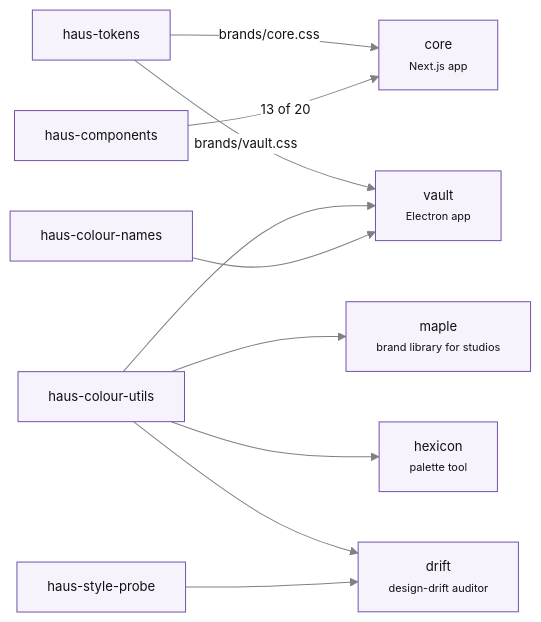
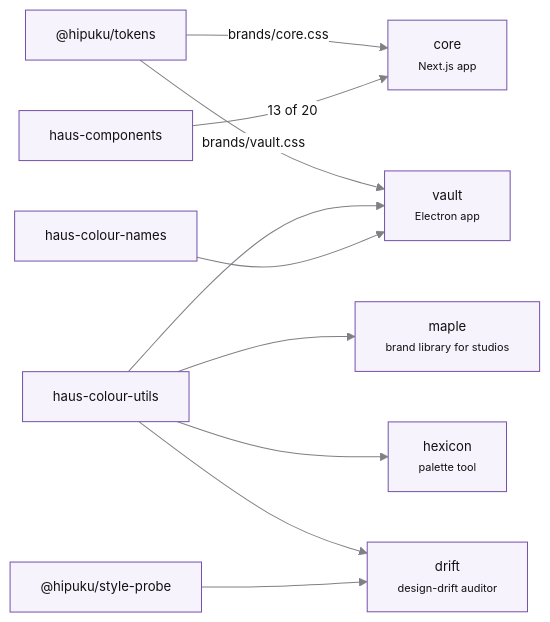
The second of 4 diagrams in ARCHITECTURE.md (hipuku/haus), drawn with Mermaid before and after one commit. The commit also changed other lines of this file and 35 other files, not shown here.

First line of the commit message:
Rename haus-tokens to @hipuku/tokens and haus-style-probe to @hipuku/style-probe (#164)

````diff
--- a/ARCHITECTURE.md
+++ b/ARCHITECTURE.md
@@ -76,25 +76,25 @@
 ```mermaid
 %%{init: {'theme':'base','themeVariables':{'primaryColor':'#f6f3fc','primaryBorderColor':'#7653ab','primaryTextColor':'#111113','lineColor':'#807f85','secondaryColor':'#f5f4f9','tertiaryColor':'#ffffff','fontFamily':'Manrope, ui-sans-serif, system-ui','fontSize':'13px','clusterBkg':'#fcfbfe','clusterBorder':'#e7e7ed','titleColor':'#442a68','edgeLabelBackground':'#ffffff'},'themeCSS':'background-color:#ffffff;border-radius:8px;'}}%%
 flowchart LR
-    T["haus-tokens"]
+    T["@hipuku/tokens"]
     C["haus-components"]
     U["haus-colour-utils"]
     N["haus-colour-names"]
-    P["haus-style-probe"]
+    P["@hipuku/style-probe"]
 
     CORE["core<br/><small>Next.js app</small>"]
     VAULT["vault<br/><small>Electron app</small>"]
     DRIFT["drift<br/><small>design-drift auditor</small>"]
     HEX["hexicon<br/><small>palette tool</small>"]
     MAPLE["maple<br/><small>brand library for studios</small>"]
 
     T -- "brands/core.css" --> CORE
     C -- "13 of 20" --> CORE
     T -- "brands/vault.css" --> VAULT
     U --> VAULT
     N --> VAULT
     U --> DRIFT
     P --> DRIFT
     U --> HEX
     U --> MAPLE
 ```
````
